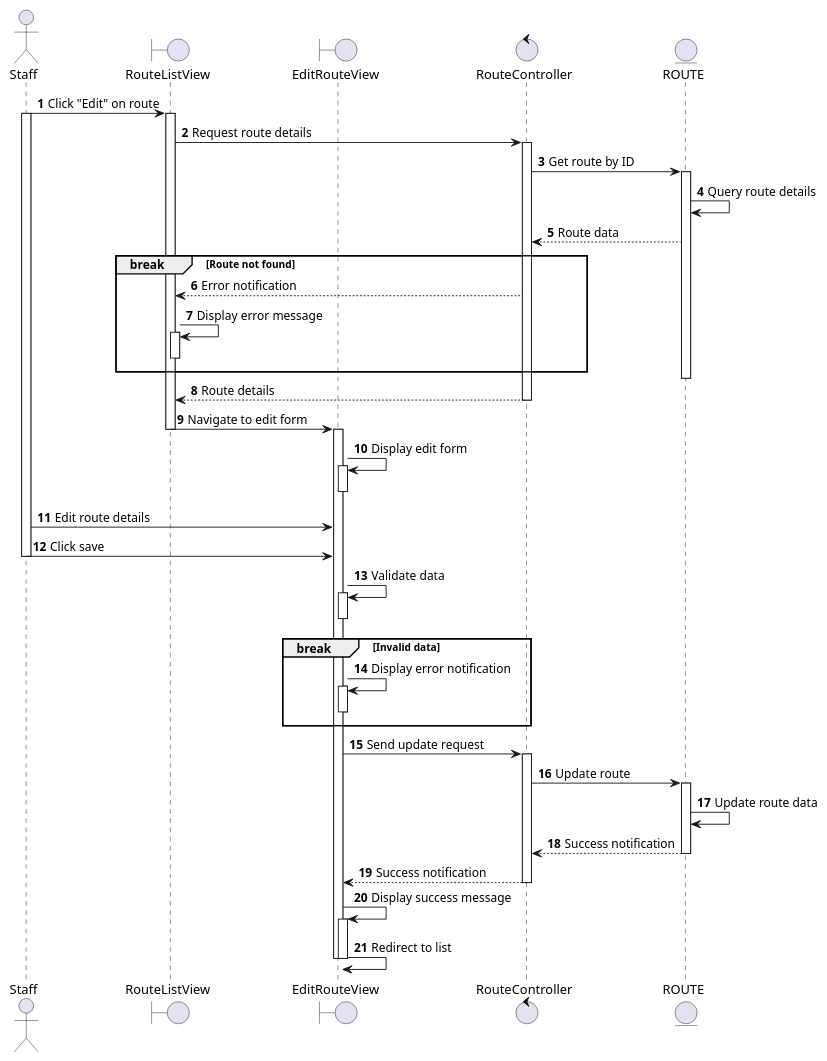
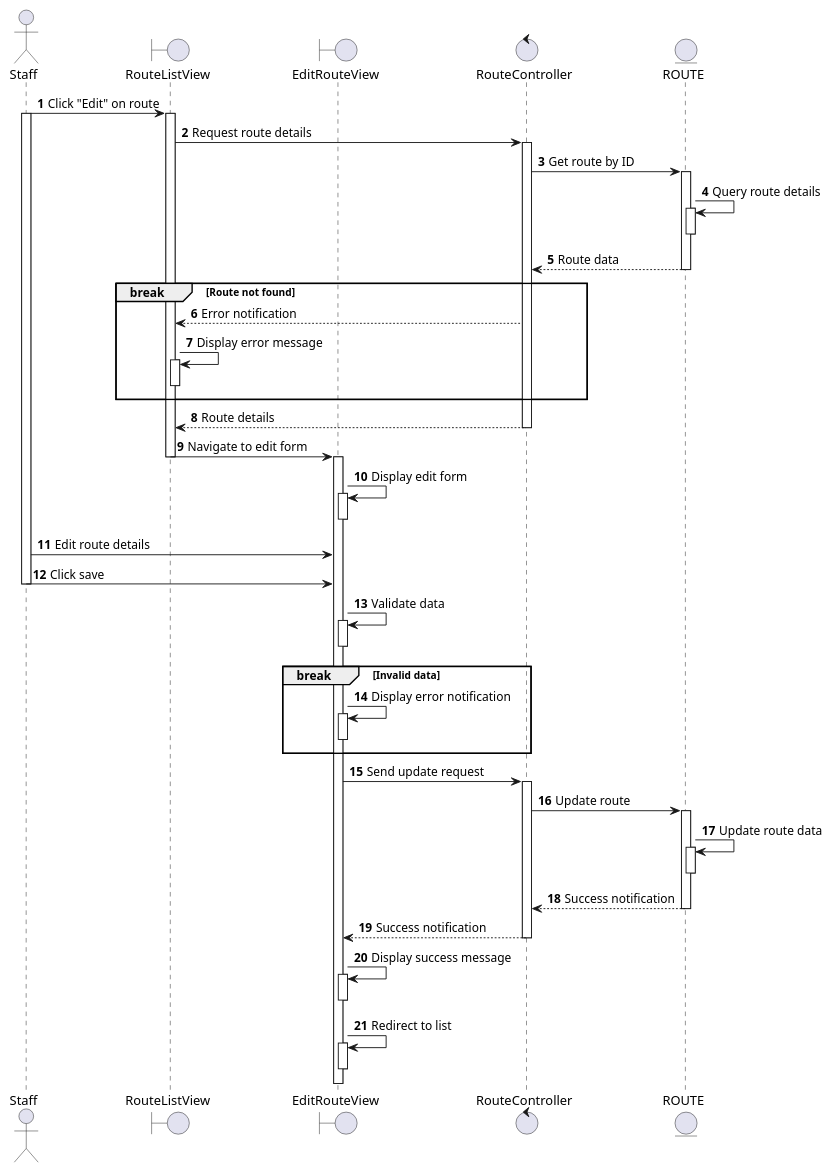
One commit to se113-wm/se113-wm.github.io changed the diagram in docs/docs/sequence/manage-routes/edit-route-details.md. Above: the diagram before and after it, drawn with PlantUML. The commit also changed 37 other files, not shown here.

First line of the commit message:
Refactor sequence diagrams for booking and trip management

````diff
--- a/docs/docs/sequence/manage-routes/edit-route-details.md
+++ b/docs/docs/sequence/manage-routes/edit-route-details.md
@@ -3,67 +3,73 @@
 ```plantuml
 @startuml
 autonumber
 
 actor Staff as S
 boundary RouteListView as RLV
 boundary EditRouteView as ERV
 control RouteController as RC
 entity ROUTE as R
 
 S -> RLV: Click "Edit" on route
 activate S
 activate RLV
 RLV -> RC: Request route details
 activate RC
 RC -> R: Get route by ID
 activate R
 R -> R: Query route details
+activate R
+deactivate R
 RC <-- R: Route data
+deactivate R
 
 break Route not found
   RLV <-- RC: Error notification
   RLV -> RLV: Display error message
   activate RLV
   deactivate RLV
 end
 
 deactivate R
 RLV <-- RC: Route details
 deactivate RC
 RLV -> ERV: Navigate to edit form
 deactivate RLV
 activate ERV
 ERV -> ERV: Display edit form
 activate ERV
 deactivate ERV
 
 S -> ERV: Edit route details
 S -> ERV: Click save
 deactivate S
 ERV -> ERV: Validate data
 activate ERV
 deactivate ERV
 
 break Invalid data
   ERV -> ERV: Display error notification
   activate ERV
   deactivate ERV
 end
 
 ERV -> RC: Send update request
 activate RC
 RC -> R: Update route
 activate R
 R -> R: Update route data
+activate R
+deactivate R
 RC <-- R: Success notification
 deactivate R
 ERV <-- RC: Success notification
 deactivate RC
 ERV -> ERV: Display success message
 activate ERV
+deactivate ERV
 ERV -> ERV: Redirect to list
-deactivate ERV
+activate ERV
 deactivate ERV
 
 @enduml
 ```
````
